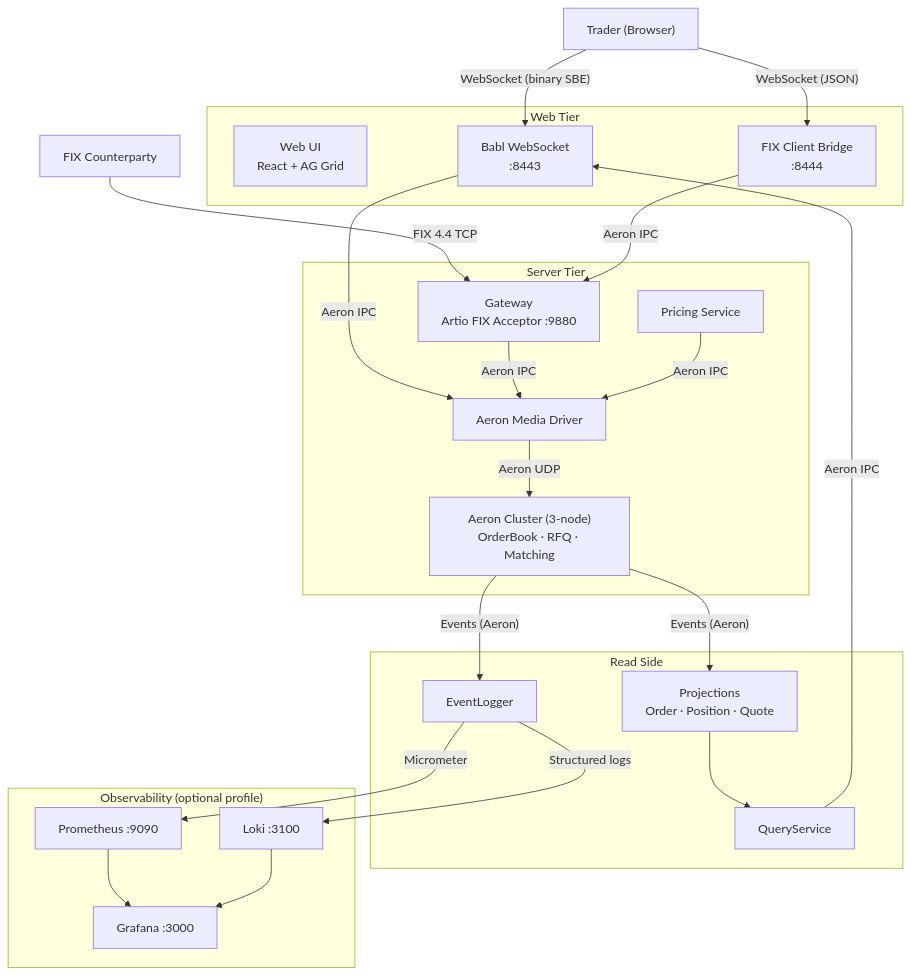
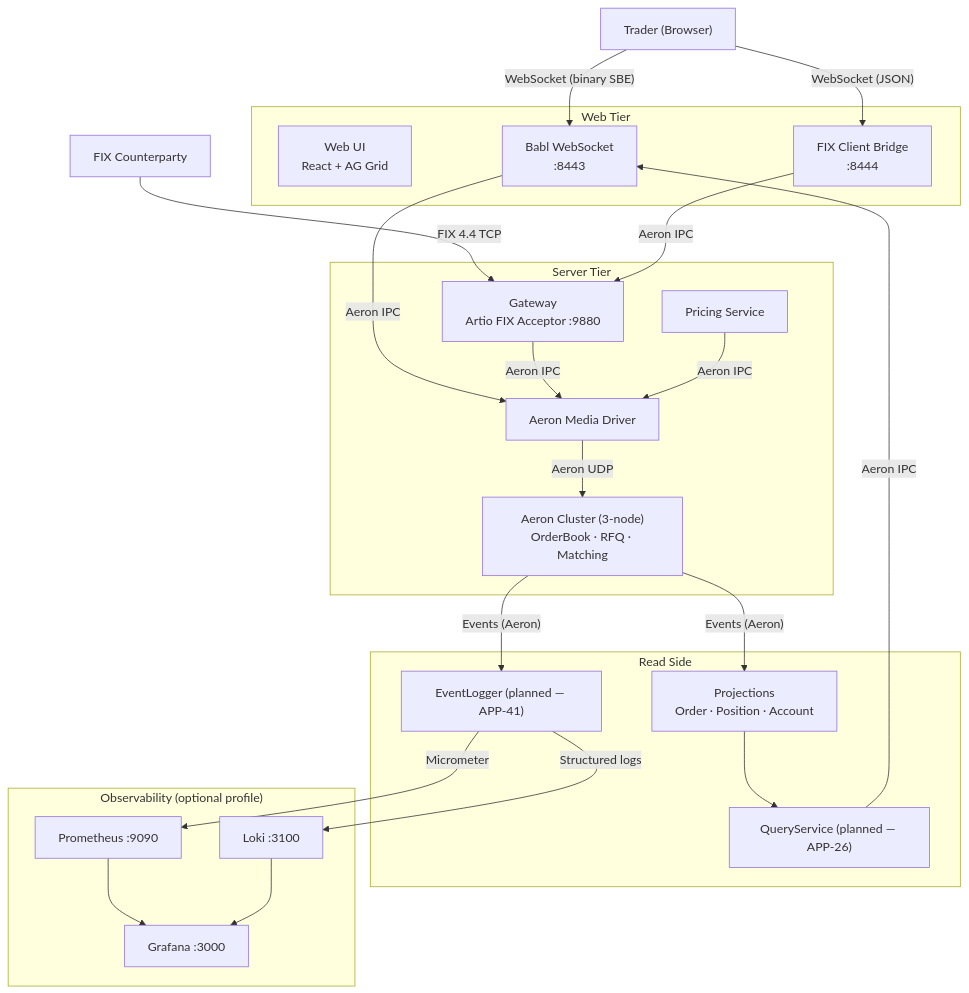
One commit to jsohi/app-trading-engine changed the first of 2 diagrams in docs/architecture.md. Above: the diagram before and after it, drawn with Mermaid. The commit also changed other lines of this file and 15 other files, not shown here.

````diff
--- a/docs/architecture.md
+++ b/docs/architecture.md
@@ -7,50 +7,50 @@
 ```mermaid
 graph TB
     Trader["Trader (Browser)"]
     FIXClient["FIX Counterparty"]
 
     subgraph Web["Web Tier"]
         WebUI["Web UI<br/>React + AG Grid"]
         Babl["Babl WebSocket<br/>:8443"]
         FIXBridge["FIX Client Bridge<br/>:8444"]
     end
 
     subgraph Server["Server Tier"]
         Gateway["Gateway<br/>Artio FIX Acceptor :9880"]
         Cluster["Aeron Cluster (3-node)<br/>OrderBook · RFQ · Matching"]
         MediaDriver["Aeron Media Driver"]
         Pricing["Pricing Service"]
     end
 
     subgraph ReadSide["Read Side"]
-        Projections["Projections<br/>Order · Position · Quote"]
-        QueryService["QueryService"]
-        EventLogger["EventLogger"]
+        Projections["Projections<br/>Order · Position · Account"]
+        QueryService["QueryService (planned — APP-26)"]
+        EventLogger["EventLogger (planned — APP-41)"]
     end
 
     subgraph Observability["Observability (optional profile)"]
         Prometheus["Prometheus :9090"]
         Loki["Loki :3100"]
         Grafana["Grafana :3000"]
     end
 
     Trader -- "WebSocket (binary SBE)" --> Babl
     Trader -- "WebSocket (JSON)" --> FIXBridge
     FIXClient -- "FIX 4.4 TCP" --> Gateway
 
     Babl -- "Aeron IPC" --> MediaDriver
     FIXBridge -- "Aeron IPC" --> Gateway
     Gateway -- "Aeron IPC" --> MediaDriver
     MediaDriver -- "Aeron UDP" --> Cluster
     Pricing -- "Aeron IPC" --> MediaDriver
 
     Cluster -- "Events (Aeron)" --> Projections
     Cluster -- "Events (Aeron)" --> EventLogger
     Projections --> QueryService
     QueryService -- "Aeron IPC" --> Babl
 
     EventLogger -- "Micrometer" --> Prometheus
     EventLogger -- "Structured logs" --> Loki
     Prometheus --> Grafana
     Loki --> Grafana
 ```
````
